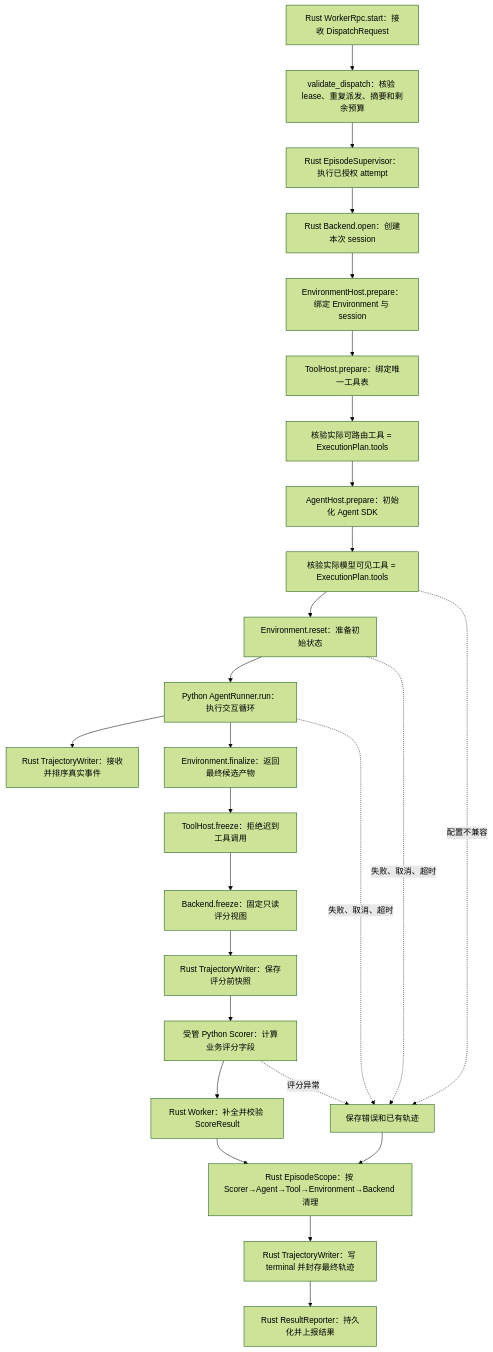
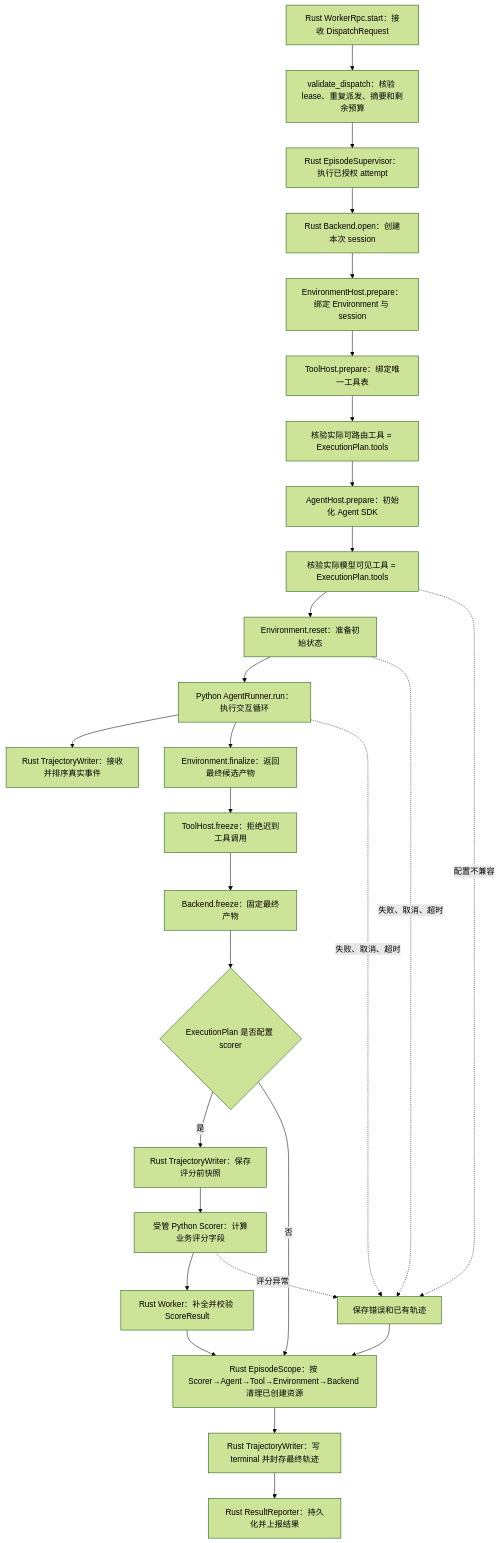
The sixth of 16 diagrams in docs/uenv_design.md (audreyyan1015/uenv_design), drawn with Mermaid (forest theme) before and after one commit. The commit also changed other lines of this file and 65 other files, not shown here.

````diff
--- a/docs/uenv_design.md
+++ b/docs/uenv_design.md
@@ -318,28 +325,30 @@
 ```mermaid
 flowchart TB
   RPC[Rust WorkerRpc.start：接收 DispatchRequest] --> GUARD[validate_dispatch：核验 lease、重复派发、摘要和剩余预算]
   GUARD --> SUP[Rust EpisodeSupervisor：执行已授权 attempt]
   SUP --> BACKEND[Rust Backend.open：创建本次 session]
   BACKEND --> ENVHOST[EnvironmentHost.prepare：绑定 Environment 与 session]
   ENVHOST --> TOOLHOST[ToolHost.prepare：绑定唯一工具表]
   TOOLHOST --> ROUTE[核验实际可路由工具 = ExecutionPlan.tools]
   ROUTE --> AGENTHOST[AgentHost.prepare：初始化 Agent SDK]
   AGENTHOST --> CHECK[核验实际模型可见工具 = ExecutionPlan.tools]
   CHECK --> ENV[Environment.reset：准备初始状态]
   ENV --> AG[Python AgentRunner.run：执行交互循环]
   AG --> EVENTS[Rust TrajectoryWriter：接收并排序真实事件]
   AG --> FINAL[Environment.finalize：返回最终候选产物]
   FINAL --> TF[ToolHost.freeze：拒绝迟到工具调用]
-  TF --> FREEZE[Backend.freeze：固定只读评分视图]
-  FREEZE --> PRE[Rust TrajectoryWriter：保存评分前快照]
+  TF --> FREEZE[Backend.freeze：固定最终产物]
+  FREEZE --> HAS{ExecutionPlan 是否配置 scorer}
+  HAS -->|是| PRE[Rust TrajectoryWriter：保存评分前快照]
+  HAS -->|否| CLEAN
   PRE --> SCORE[受管 Python Scorer：计算业务评分字段]
   SCORE --> VALIDATE[Rust Worker：补全并校验 ScoreResult]
-  VALIDATE --> CLEAN[Rust EpisodeScope：按 Scorer→Agent→Tool→Environment→Backend 清理]
+  VALIDATE --> CLEAN[Rust EpisodeScope：按 Scorer→Agent→Tool→Environment→Backend 清理已创建资源]
   CLEAN --> TERMINAL[Rust TrajectoryWriter：写 terminal 并封存最终轨迹]
   TERMINAL --> REPORT[Rust ResultReporter：持久化并上报结果]
   ENV -.->|失败、取消、超时| ERR[保存错误和已有轨迹]
   CHECK -.->|配置不兼容| ERR
   AG -.->|失败、取消、超时| ERR
   SCORE -.->|评分异常| ERR
   ERR --> CLEAN
 ```
````
